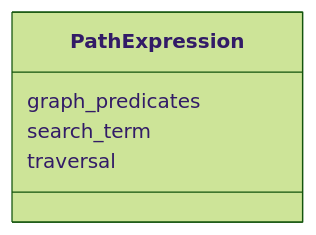
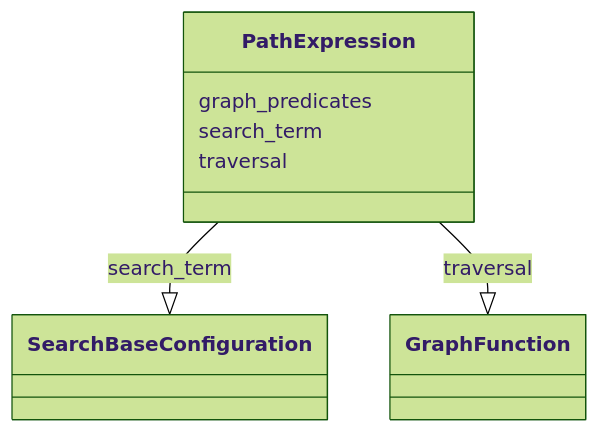
One commit to cthoyt/ontology-access-kit changed the diagram in search/PathExpression.md. Above: the diagram before and after it, drawn with Mermaid (forest theme). The commit also changed other lines of this file and 3287 other files, not shown here.

````diff
--- a/search/PathExpression.md
+++ b/search/PathExpression.md
@@ -11,8 +14,15 @@
 ```{mermaid}
  classDiagram
     class PathExpression
       PathExpression : graph_predicates
+        
       PathExpression : search_term
+        
+          PathExpression --|> SearchBaseConfiguration : search_term
+        
       PathExpression : traversal
+        
+          PathExpression --|> GraphFunction : traversal
+        
       
 ```
````
